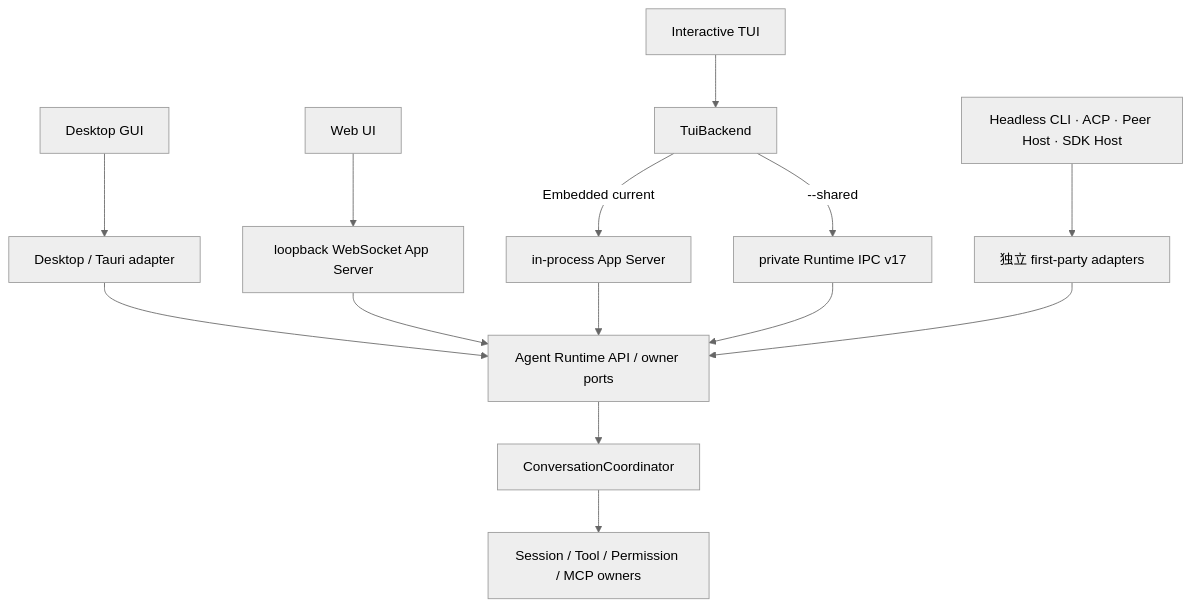
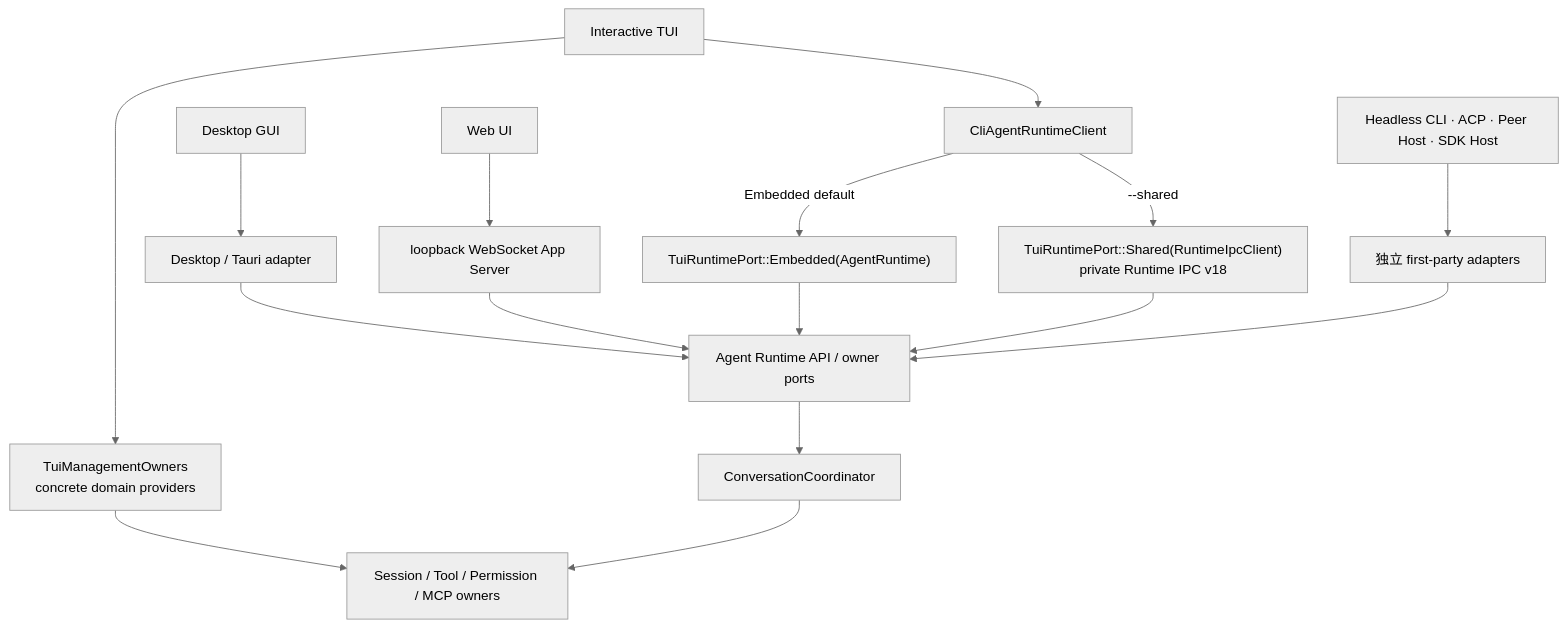
The first of 17 diagrams in docs/architecture/agent-runtime-deployment-design.md (GCWing/BitFun), drawn with Mermaid (neutral theme) before and after one commit. The commit also changed other lines of this file and 181 other files, not shown here.

First line of the commit message:
refactor(cli): use direct runtime for embedded TUI

````diff
--- a/docs/architecture/agent-runtime-deployment-design.md
+++ b/docs/architecture/agent-runtime-deployment-design.md
@@ -17,16 +17,18 @@
 ```mermaid
 flowchart TB
   Desktop["Desktop GUI"] --> DesktopAdapter["Desktop / Tauri adapter"]
   Web["Web UI"] --> WebAS["loopback WebSocket App Server"]
-  TUI["Interactive TUI"] --> Backend["TuiBackend"]
-  Backend -->|"Embedded current"| EmbeddedAS["in-process App Server"]
-  Backend -->|"--shared"| SharedIPC["private Runtime IPC v17"]
+  TUI["Interactive TUI"] --> Client["CliAgentRuntimeClient"]
+  Client -->|"Embedded default"| Embedded["TuiRuntimePort::Embedded(AgentRuntime)"]
+  Client -->|"--shared"| SharedIPC["TuiRuntimePort::Shared(RuntimeIpcClient)<br/>private Runtime IPC v18"]
+  TUI --> Management["TuiManagementOwners<br/>concrete domain providers"]
   Other["Headless CLI · ACP · Peer Host · SDK Host"] --> Adapter["独立 first-party adapters"]
   DesktopAdapter --> API["Agent Runtime API / owner ports"]
   WebAS --> API
-  EmbeddedAS --> API
+  Embedded --> API
   SharedIPC --> API
+  Management --> Owners
   Adapter --> API
   API --> Coordinator["ConversationCoordinator"]
   Coordinator --> Owners["Session / Tool / Permission / MCP owners"]
 ```
````
